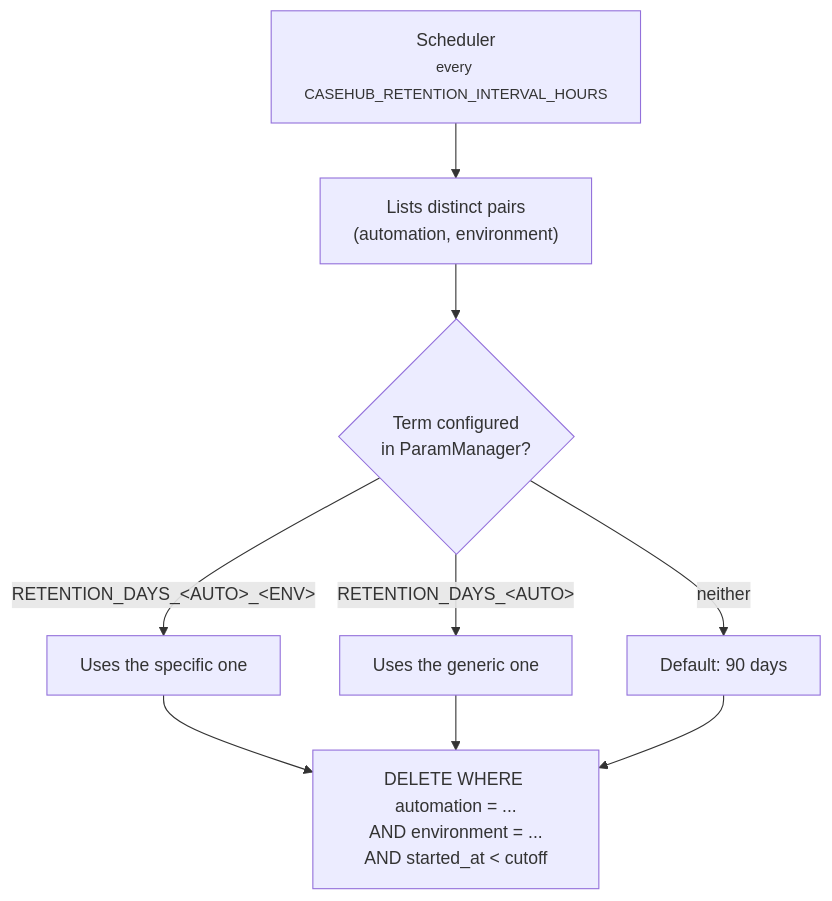
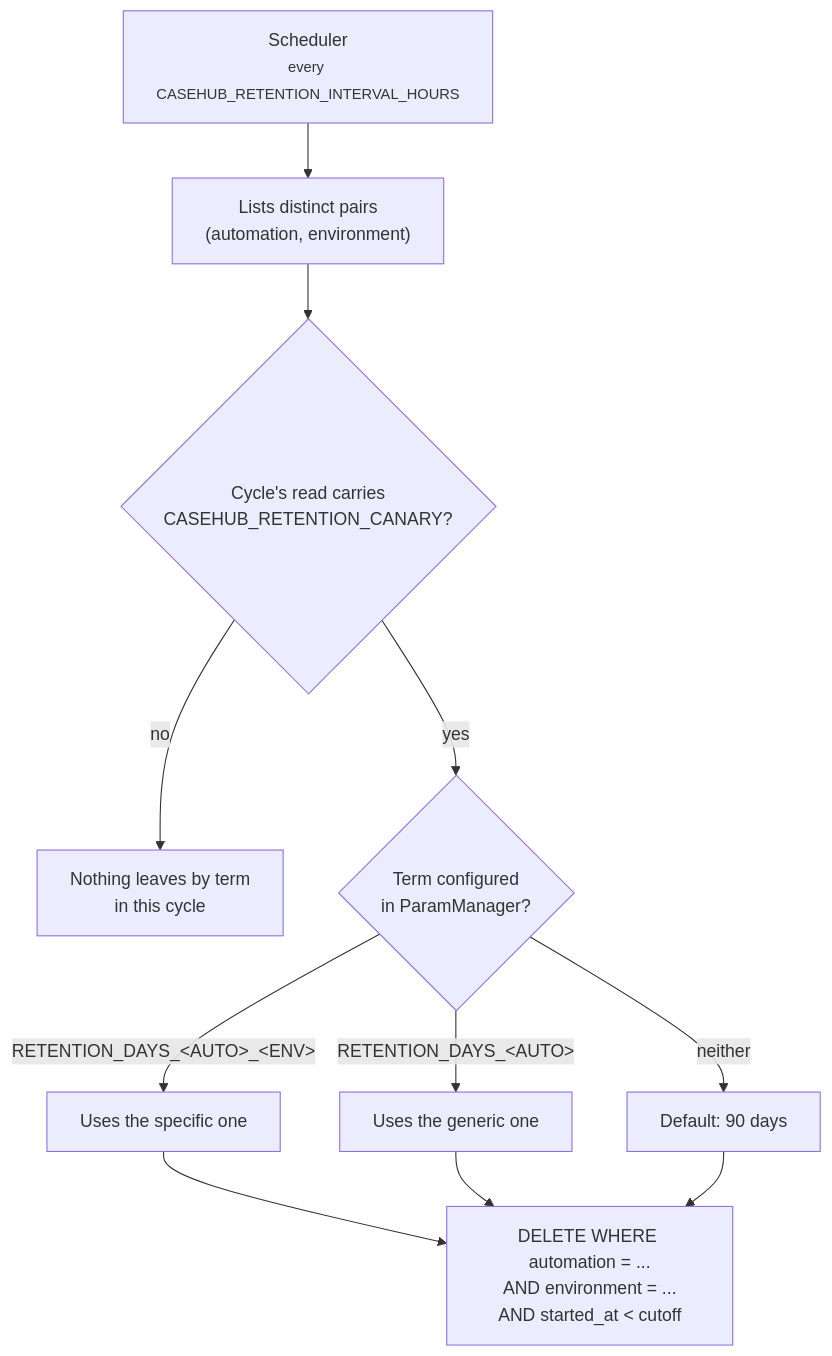
Before and after one commit to MatheusLPolidoro/docs-casehub: the diagram in docs/api/retencao.en.md, drawn with Mermaid. The commit also changed other lines of this file and 7 other files, not shown here.

````diff
--- a/docs/api/retencao.en.md
+++ b/docs/api/retencao.en.md
@@ -6,11 +7,13 @@
 ```mermaid
 flowchart TD
     S["Scheduler<br/><small>every CASEHUB_RETENTION_INTERVAL_HOURS</small>"] --> L["Lists distinct pairs<br/>(automation, environment)"]
-    L --> P{"Term configured<br/>in ParamManager?"}
+    L --> C{"Cycle's read carries<br/>CASEHUB_RETENTION_CANARY?"}
+    C -->|no| N["Nothing leaves by term<br/>in this cycle"]
+    C -->|yes| P{"Term configured<br/>in ParamManager?"}
     P -->|"RETENTION_DAYS_&lt;AUTO&gt;_&lt;ENV&gt;"| D["Uses the specific one"]
     P -->|"RETENTION_DAYS_&lt;AUTO&gt;"| G["Uses the generic one"]
     P -->|neither| DF["Default: 90 days"]
     D --> X["DELETE WHERE automation = ...<br/>AND environment = ...<br/>AND started_at &lt; cutoff"]
     G --> X
     DF --> X
 ```
````
